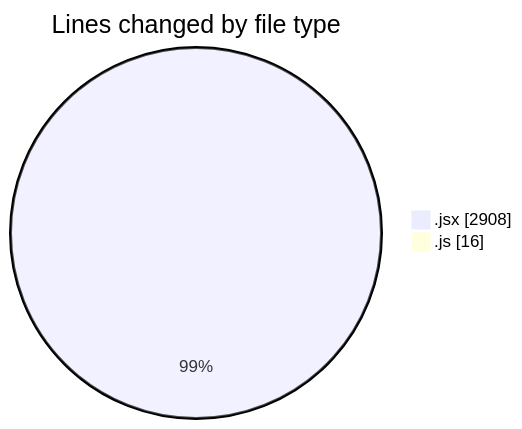
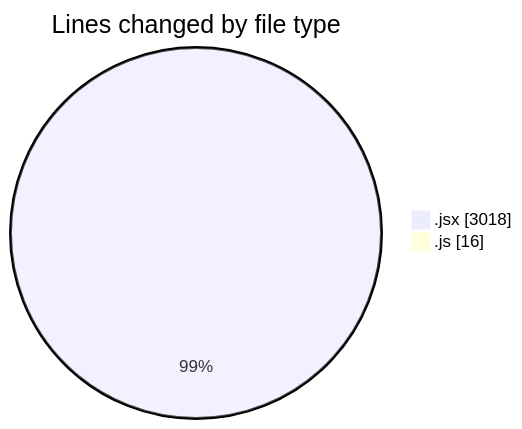
The first of 2 diagrams in 2025-05-23/nxtqube_webapp/README.md (nxtqubesakshisongat/code-tracking), drawn with Mermaid before and after one commit. The commit also changed other lines of this file and 1 other file, not shown here.

````diff
--- a/2025-05-23/nxtqube_webapp/README.md
+++ b/2025-05-23/nxtqube_webapp/README.md
@@ -22,6 +22,6 @@
 ```mermaid
 pie showData
 title Lines changed by file type
-".jsx" : 2908
+".jsx" : 3018
 ".js" : 16
 ```
````
